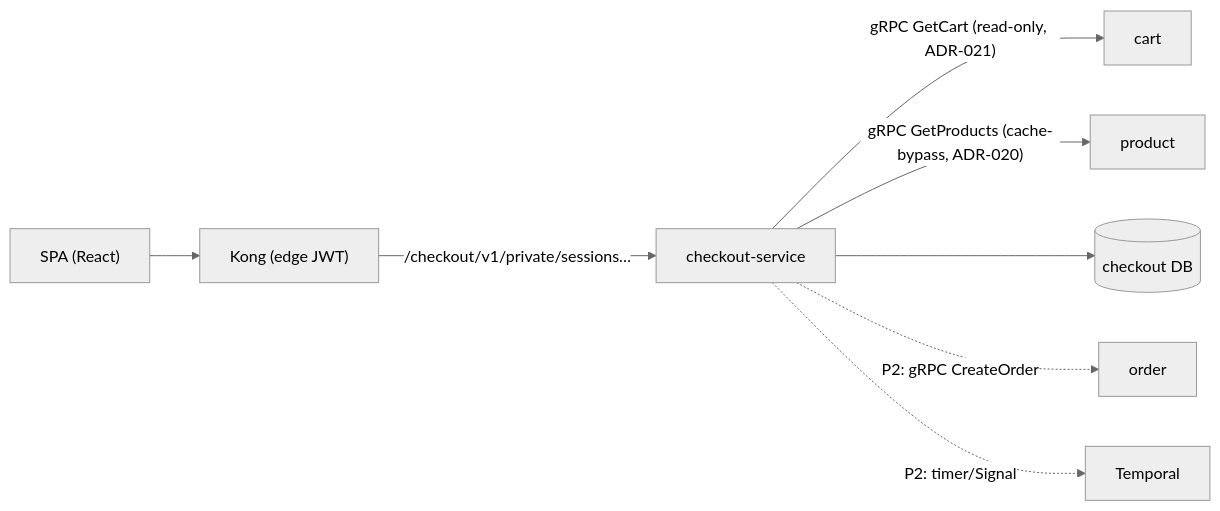
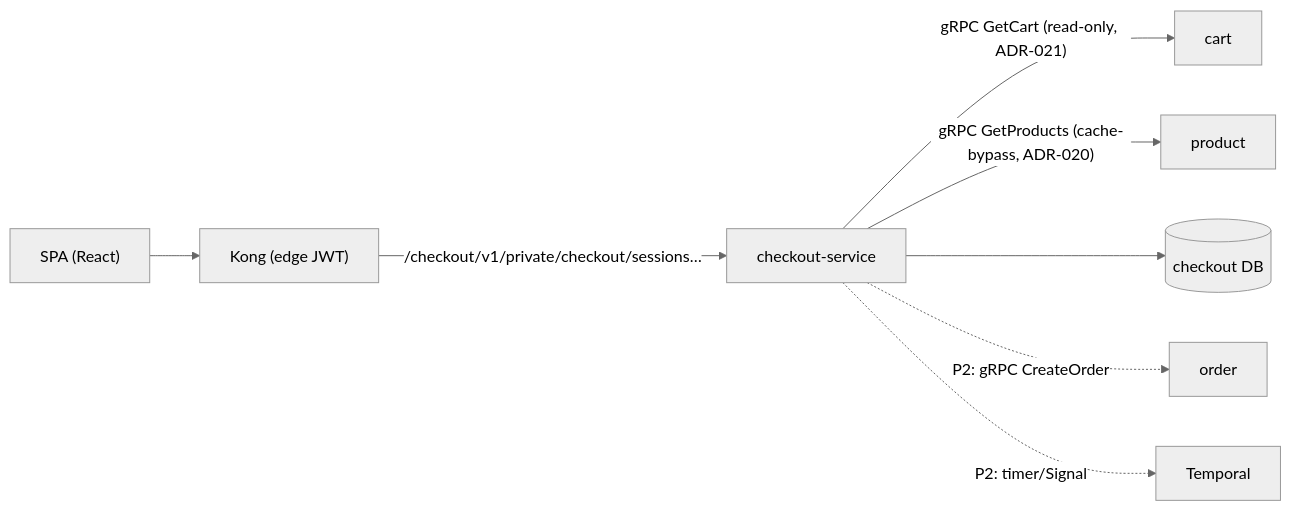
One commit to duynhlab/homelab changed the second of 2 diagrams in docs/api/checkout.md. Above: the diagram before and after it, drawn with Mermaid (neutral theme). The commit also changed other lines of this file and 4 other files, not shown here.

````diff
--- a/docs/api/checkout.md
+++ b/docs/api/checkout.md
@@ -84,10 +84,10 @@
 ```mermaid
 flowchart LR
     SPA["SPA (React)"] --> Kong["Kong (edge JWT)"]
-    Kong -->|"/checkout/v1/private/sessions…"| CK["checkout-service"]
+    Kong -->|"/checkout/v1/private/checkout/sessions…"| CK["checkout-service"]
     CK -->|"gRPC GetCart (read-only, ADR-021)"| CART[cart]
     CK -->|"gRPC GetProducts (cache-bypass, ADR-020)"| PROD[product]
     CK --> DB[(checkout DB)]
     CK -.->|"P2: gRPC CreateOrder"| ORD[order]
     CK -.->|"P2: timer/Signal"| TMP[Temporal]
 ```
````
